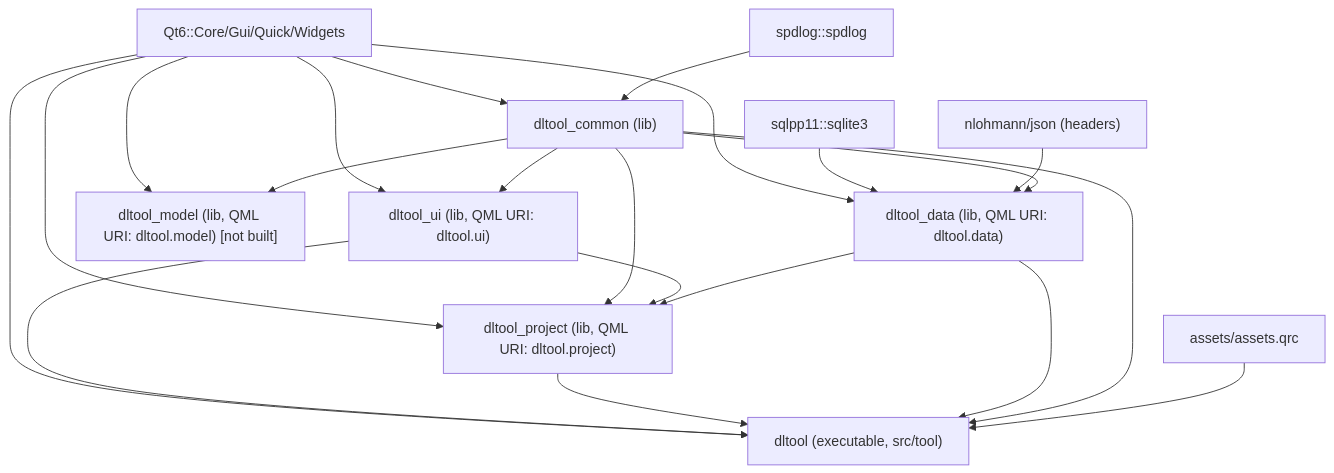
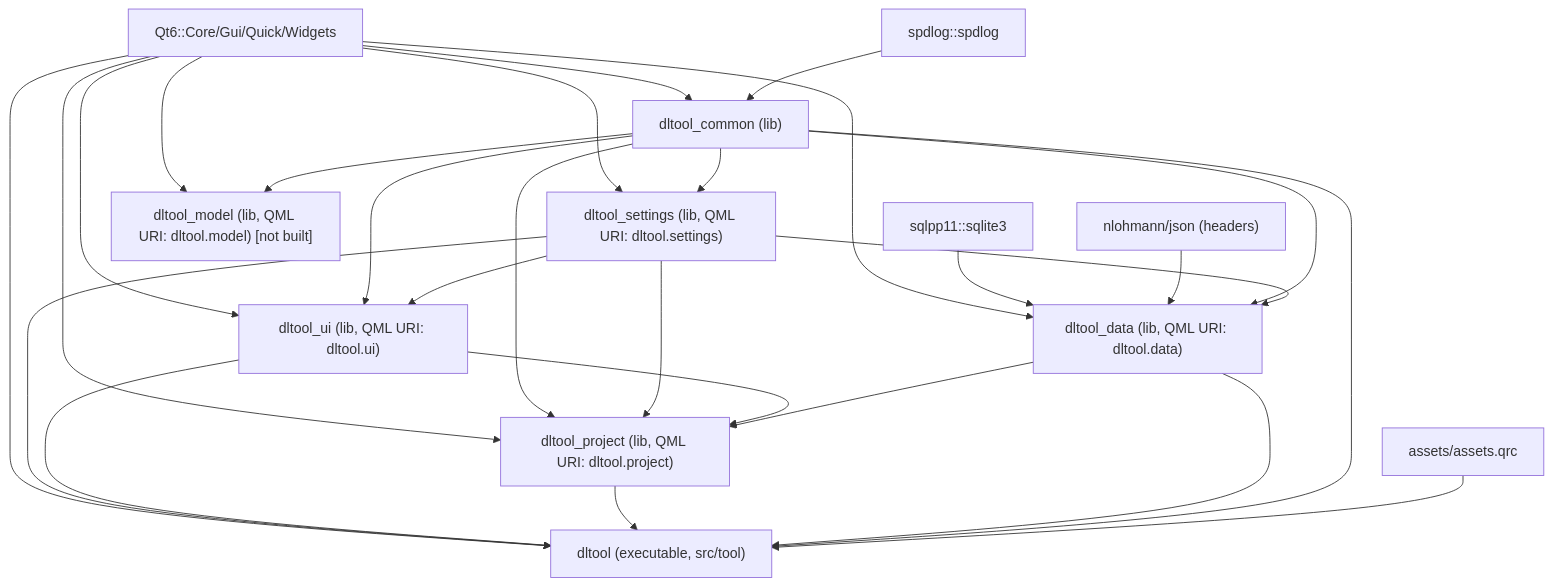
The first of 2 diagrams in docs/ARCHITECTURE.md (QWERDF007/DeepLearningTool), drawn with Mermaid before and after one commit. The commit also changed other lines of this file and 3 other files, not shown here.

````diff
--- a/docs/ARCHITECTURE.md
+++ b/docs/ARCHITECTURE.md
@@ -17,40 +18,48 @@
 ```mermaid
 flowchart TB
   qt6["Qt6::Core/Gui/Quick/Widgets"]
   spd["spdlog::spdlog"]
   sqlpp["sqlpp11::sqlite3"]
   nlohmann["nlohmann/json (headers)"]
   assets["assets/assets.qrc"]
 
   lib_common["dltool_common (lib)"]
+  lib_settings["dltool_settings (lib, QML URI: dltool.settings)"]
   lib_ui["dltool_ui (lib, QML URI: dltool.ui)"]
   lib_data["dltool_data (lib, QML URI: dltool.data)"]
   lib_project["dltool_project (lib, QML URI: dltool.project)"]
   lib_model["dltool_model (lib, QML URI: dltool.model) [not built]"]
   exe["dltool (executable, src/tool)"]
 
   qt6 --> lib_common
+  qt6 --> lib_settings
   qt6 --> lib_ui
   qt6 --> lib_data
   qt6 --> lib_project
   qt6 --> lib_model
   qt6 --> exe
 
   spd --> lib_common
   sqlpp --> lib_data
   nlohmann --> lib_data
 
+  lib_common --> lib_settings
   lib_common --> lib_ui
   lib_common --> lib_data
   lib_common --> lib_project
   lib_common --> lib_model
 
+  lib_settings --> lib_ui
+  lib_settings --> lib_data
+  lib_settings --> lib_project
+
   lib_ui --> lib_project
   lib_data --> lib_project
 
+  lib_settings --> exe
   lib_ui --> exe
   lib_project --> exe
   lib_data --> exe
   lib_common --> exe
   assets --> exe
 ```
````
